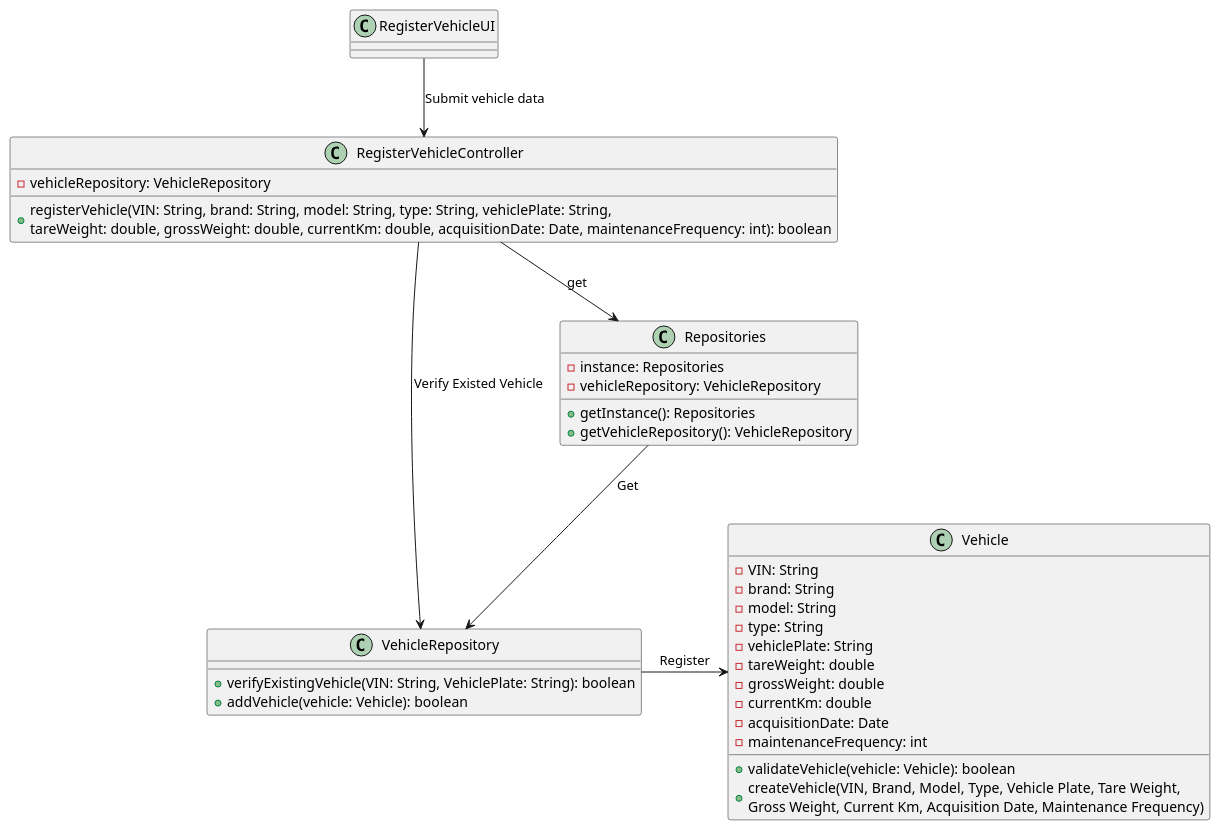
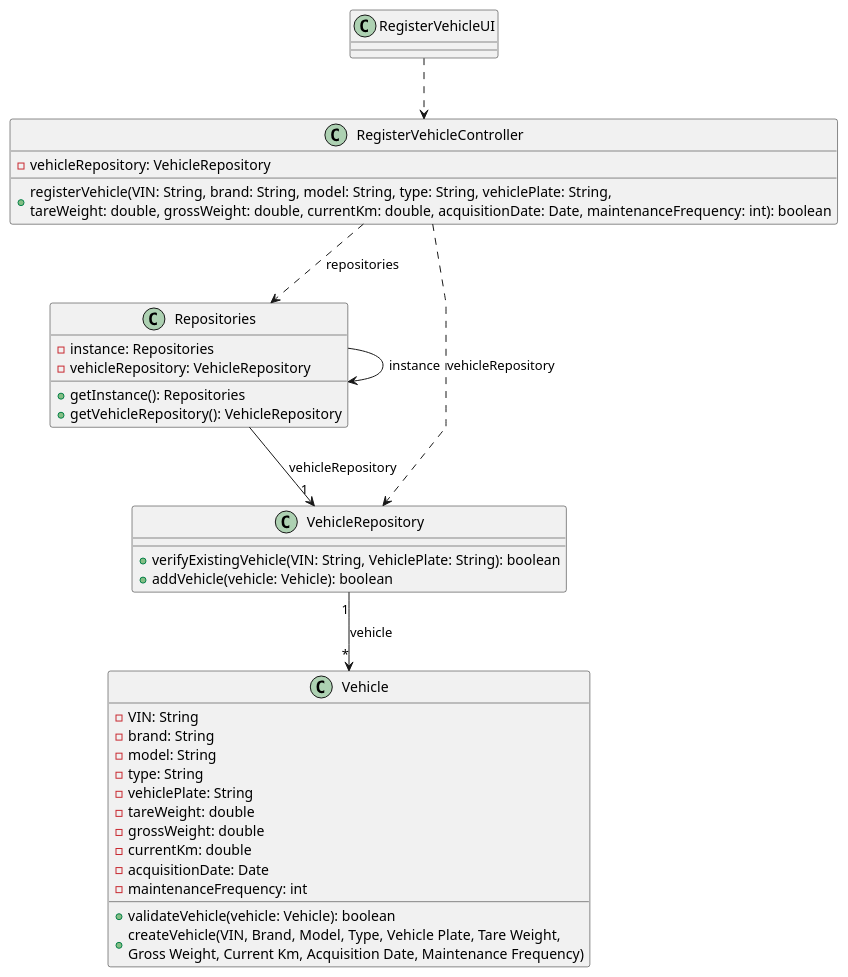
Before and after one commit to ricardomm7/leaflink: the diagram in docs/sprintB/us006/03.design/puml/us006-class-diagram.puml, drawn with PlantUML. The commit also changed 5 other files, not shown here.

```diff
--- a/docs/sprintB/us006/03.design/puml/us006-class-diagram.puml
+++ b/docs/sprintB/us006/03.design/puml/us006-class-diagram.puml
@@ -1,49 +1,50 @@
 @startuml
-skinparam packageStyle rectangle
 skinparam shadowing false
-skinparam line type polyline
+skinparam linetype polyline
+
+'left to right direction
 
     class RegisterVehicleUI {
     }
 
     class RegisterVehicleController {
         - vehicleRepository: VehicleRepository
         + registerVehicle(VIN: String, brand: String, model: String, type: String, vehiclePlate: String, \ntareWeight: double, grossWeight: double, currentKm: double, acquisitionDate: Date, maintenanceFrequency: int): boolean
     }
 
     class Repositories {
         - instance: Repositories
         - vehicleRepository: VehicleRepository
         + getInstance(): Repositories
         + getVehicleRepository(): VehicleRepository
     }
 
     class VehicleRepository {
         + verifyExistingVehicle(VIN: String, VehiclePlate: String): boolean
         + addVehicle(vehicle: Vehicle): boolean
     }
 
     class Vehicle {
         - VIN: String
         - brand: String
         - model: String
         - type: String
         - vehiclePlate: String
         - tareWeight: double
         - grossWeight: double
         - currentKm: double
         - acquisitionDate: Date
         - maintenanceFrequency: int
 
         + validateVehicle(vehicle: Vehicle): boolean
         + createVehicle(VIN, Brand, Model, Type, Vehicle Plate, Tare Weight, \nGross Weight, Current Km, Acquisition Date, Maintenance Frequency)
     }
 
-    RegisterVehicleUI --> RegisterVehicleController: Submit vehicle data
-    RegisterVehicleController --> Repositories: get
-    RegisterVehicleController --> VehicleRepository: Verify Existed Vehicle
-    Repositories --> VehicleRepository: Get
-    VehicleRepository -> Vehicle: Register
-
+RegisterVehicleUI ..> RegisterVehicleController
+RegisterVehicleController ..> Repositories: repositories
+Repositories --> Repositories: instance
+RegisterVehicleController ..> VehicleRepository: vehicleRepository
+Repositories --> "1"VehicleRepository: vehicleRepository
+VehicleRepository "1"-->"*" Vehicle: vehicle
 
 @enduml
```
